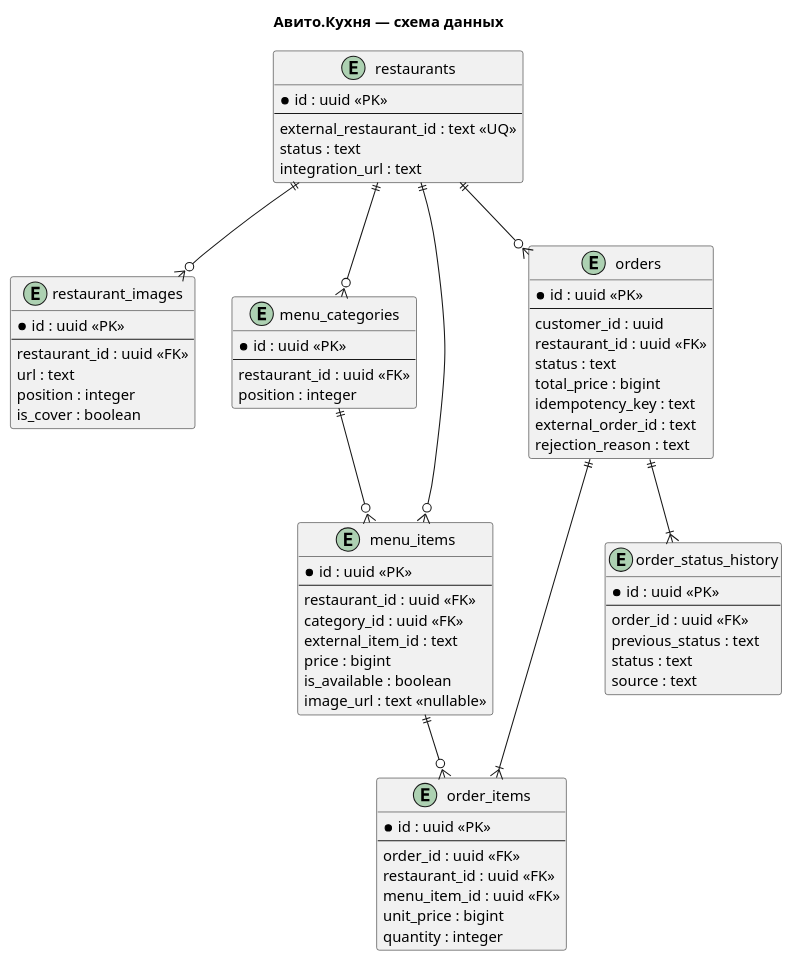
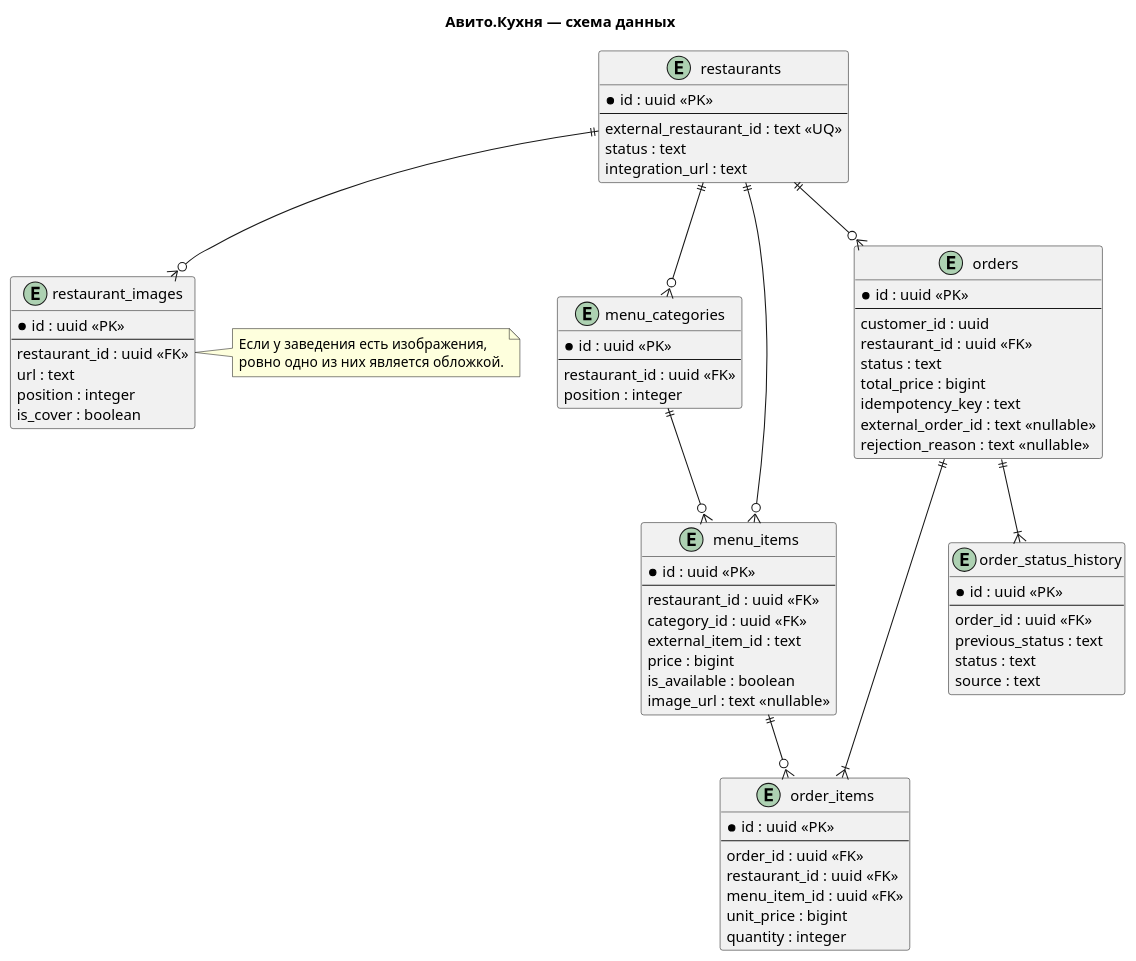
One commit to Waydss/kitchen changed the diagram in docs/database.puml. Above: the diagram before and after it, drawn with PlantUML. The commit also changed 29 other files, not shown here.

```diff
--- a/docs/database.puml
+++ b/docs/database.puml
@@ -1,73 +1,78 @@
 @startuml
 title Авито.Кухня — схема данных
 hide methods
 
 entity restaurants {
   * id : uuid <<PK>>
   --
   external_restaurant_id : text <<UQ>>
   status : text
   integration_url : text
 }
 entity restaurant_images {
   * id : uuid <<PK>>
   --
   restaurant_id : uuid <<FK>>
   url : text
   position : integer
   is_cover : boolean
 }
 entity menu_categories {
   * id : uuid <<PK>>
   --
   restaurant_id : uuid <<FK>>
   position : integer
 }
 entity menu_items {
   * id : uuid <<PK>>
   --
   restaurant_id : uuid <<FK>>
   category_id : uuid <<FK>>
   external_item_id : text
   price : bigint
   is_available : boolean
   image_url : text <<nullable>>
 }
 entity orders {
   * id : uuid <<PK>>
   --
   customer_id : uuid
   restaurant_id : uuid <<FK>>
   status : text
   total_price : bigint
   idempotency_key : text
-  external_order_id : text
-  rejection_reason : text
+  external_order_id : text <<nullable>>
+  rejection_reason : text <<nullable>>
 }
 entity order_items {
   * id : uuid <<PK>>
   --
   order_id : uuid <<FK>>
   restaurant_id : uuid <<FK>>
   menu_item_id : uuid <<FK>>
   unit_price : bigint
   quantity : integer
 }
 entity order_status_history {
   * id : uuid <<PK>>
   --
   order_id : uuid <<FK>>
   previous_status : text
   status : text
   source : text
 }
 
 restaurants ||--o{ menu_categories
 restaurants ||--o{ restaurant_images
 restaurants ||--o{ menu_items
 menu_categories ||--o{ menu_items
 restaurants ||--o{ orders
 orders ||--|{ order_items
 menu_items ||--o{ order_items
 orders ||--|{ order_status_history
+
+note right of restaurant_images
+  Если у заведения есть изображения,
+  ровно одно из них является обложкой.
+end note
 @enduml
```
